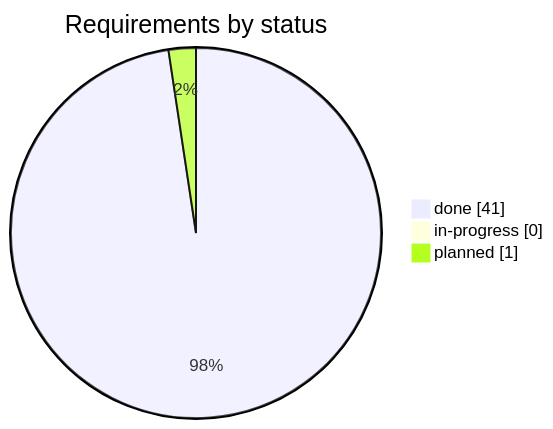
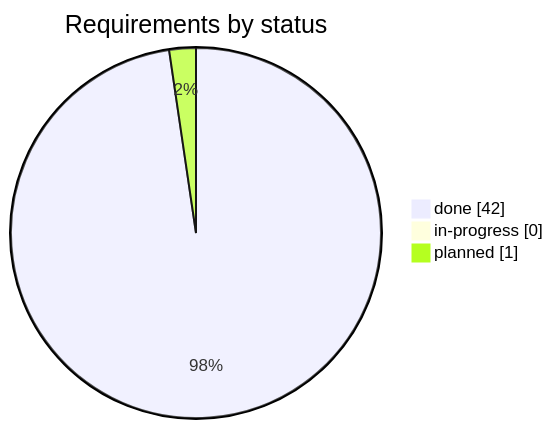
Before and after one commit to rikire/Exchange-Student-Guide-Platform: the first of 2 diagrams in docs/gap-list.md, drawn with Mermaid. The commit also changed other lines of this file and 28 other files, not shown here.

````diff
--- a/docs/gap-list.md
+++ b/docs/gap-list.md
@@ -13,6 +13,6 @@
 ```mermaid
 pie showData title Requirements by status
-    "done" : 41
+    "done" : 42
     "in-progress" : 0
     "planned" : 1
 ```
````
